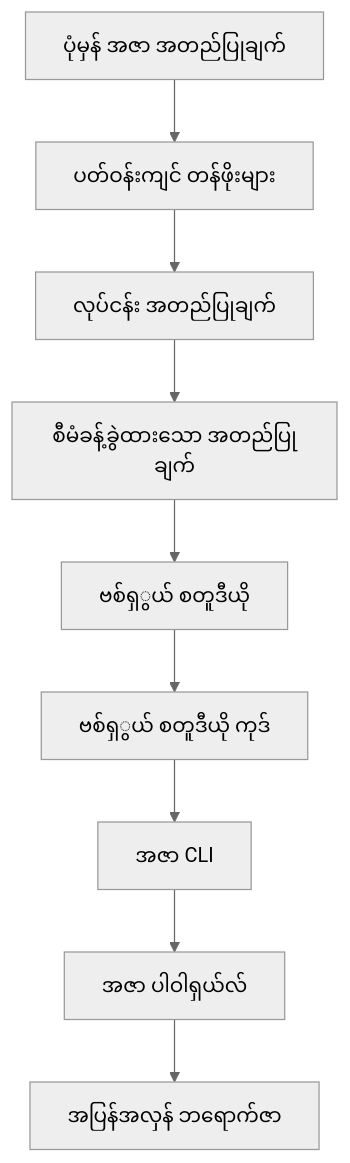
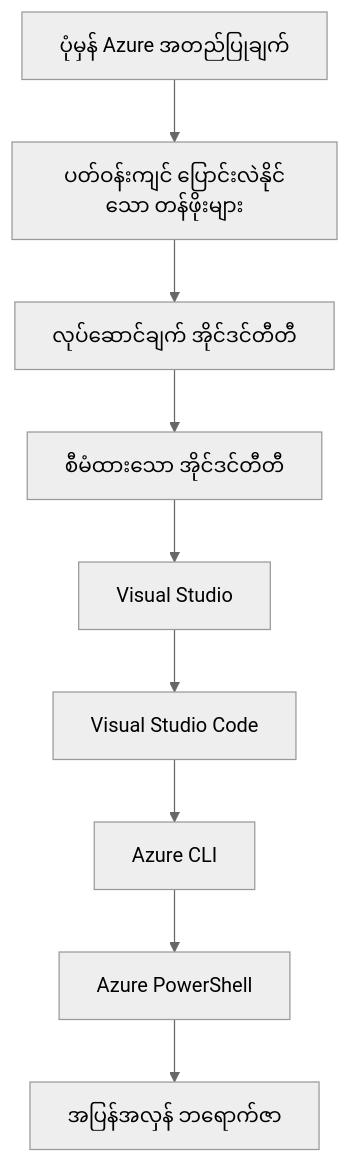
The second of 2 diagrams in translations/my/docs/chapter-01-foundation/azd-basics.md (microsoft/AZD-for-beginners), drawn with Mermaid (neutral theme) before and after one commit. The commit also changed other lines of this file and 101 other files, not shown here.

````diff
--- a/translations/my/docs/chapter-01-foundation/azd-basics.md
+++ b/translations/my/docs/chapter-01-foundation/azd-basics.md
@@ -556,11 +592,11 @@
 ```mermaid
 graph TD
-    A[ပုံမှန် အဇာ အတည်ပြုချက်] --> B[ပတ်ဝန်းကျင် တန်ဖိုးများ]
-    B --> C[လုပ်ငန်း အတည်ပြုချက်]
-    C --> D[စီမံခန့်ခွဲထားသော အတည်ပြုချက်]
-    D --> E[ဗစ်ရှွယ် စတူဒီယို]
-    E --> F[ဗစ်ရှွယ် စတူဒီယို ကုဒ်]
-    F --> G[အဇာ CLI]
-    G --> H[အဇာ ပါဝါရှယ်လ်]
+    A[ပုံမှန် Azure အတည်ပြုချက်] --> B[ပတ်ဝန်းကျင် ပြောင်းလဲနိုင်သော တန်ဖိုးများ]
+    B --> C[လုပ်ဆောင်ချက် အိုင်ဒင်တီတီ]
+    C --> D[စီမံထားသော အိုင်ဒင်တီတီ]
+    D --> E[Visual Studio]
+    E --> F[Visual Studio Code]
+    F --> G[Azure CLI]
+    G --> H[Azure PowerShell]
     H --> I[အပြန်အလှန် ဘရောက်ဇာ]
 ```
````
